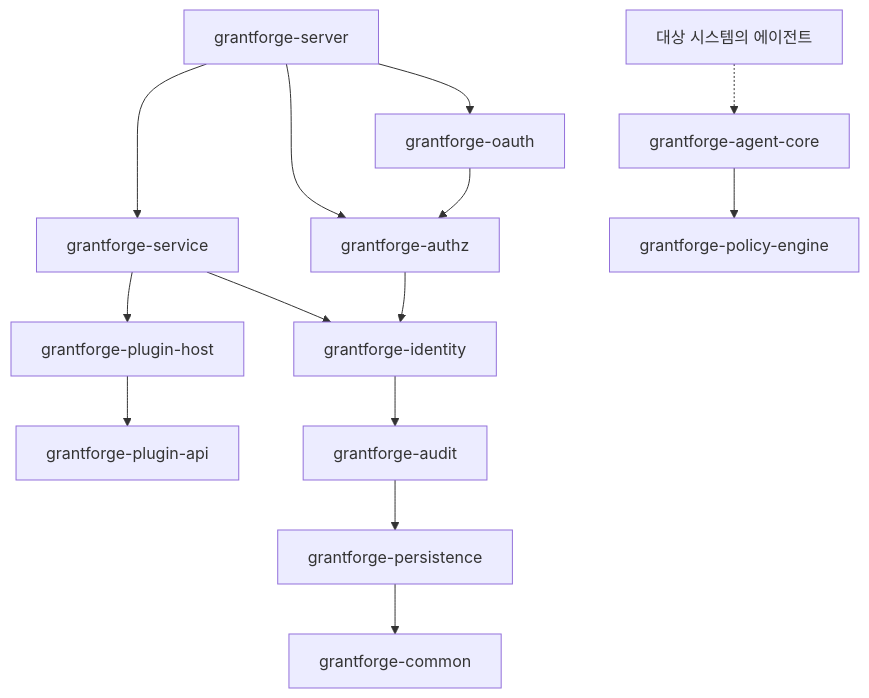
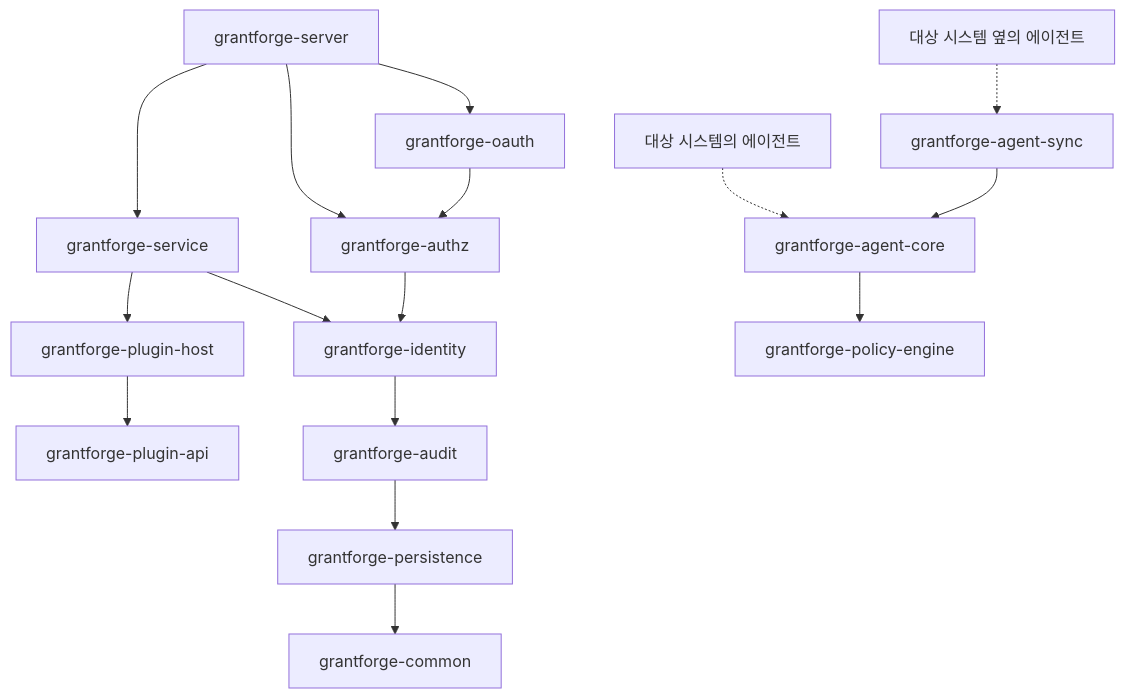
The first of 2 diagrams in docs/content/ko/architecture/overview.md (devlive-community/grantforge), drawn with Mermaid before and after one commit. The commit also changed other lines of this file and 21 other files, not shown here.

First line of the commit message:
docs(agent-sync): document the shared core of agents beside a system

````diff
--- a/docs/content/ko/architecture/overview.md
+++ b/docs/content/ko/architecture/overview.md
@@ -18,16 +18,18 @@
 ```mermaid
 flowchart TB
   server[grantforge-server] --> oauth[grantforge-oauth]
   server --> service[grantforge-service]
   server --> authz[grantforge-authz]
   oauth --> authz
   service --> host[grantforge-plugin-host]
   service --> identity
   host --> api[grantforge-plugin-api]
   authz --> identity[grantforge-identity]
   identity --> audit[grantforge-audit]
   audit --> persistence[grantforge-persistence]
   persistence --> common[grantforge-common]
   agent[대상 시스템의 에이전트] -.-> agentcore[grantforge-agent-core]
+  syncagent[대상 시스템 옆의 에이전트] -.-> agentsync[grantforge-agent-sync]
+  agentsync --> agentcore
   agentcore --> engine[grantforge-policy-engine]
 ```
````
